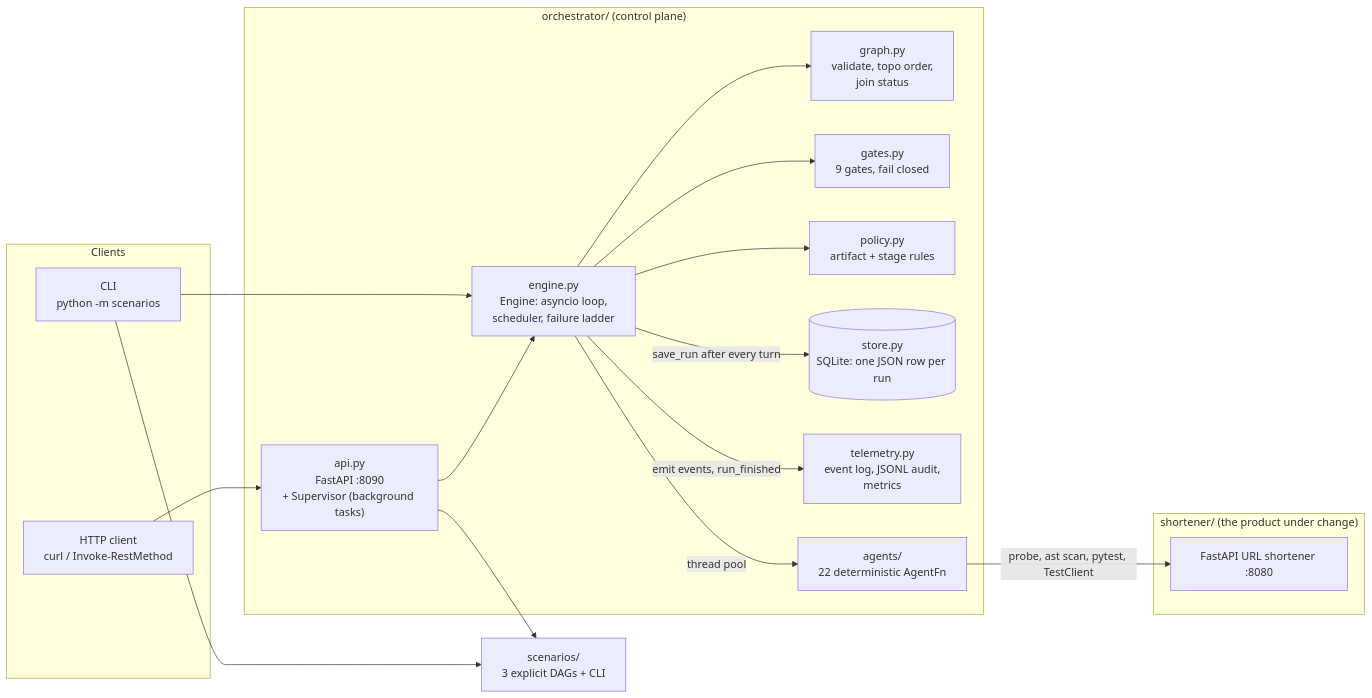
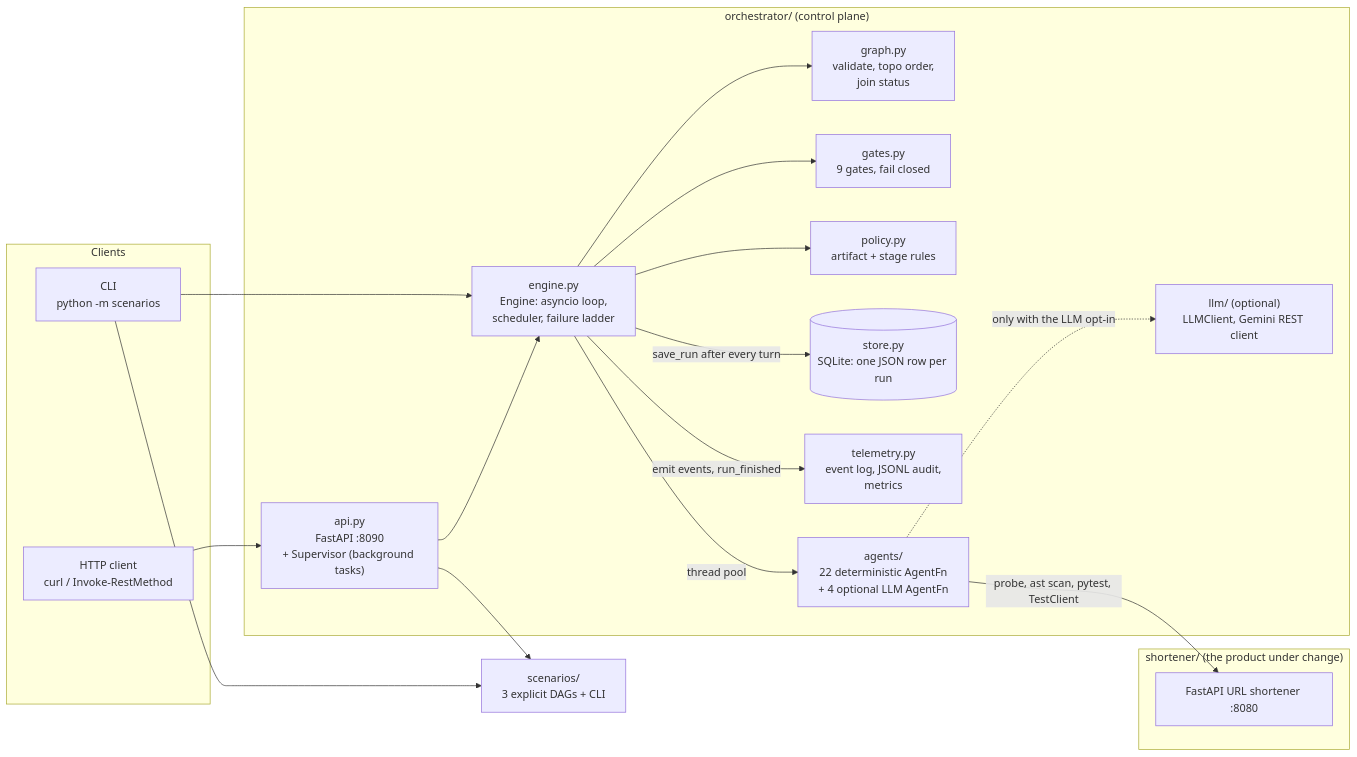
One commit to azainald/agentic-sdlc-orchestrator changed the first of 4 diagrams in ARCHITECTURE.md. Above: the diagram before and after it, drawn with Mermaid. The commit also changed other lines of this file and 34 other files, not shown here.

Commit message:
Fix final-review findings: scan requirements and comments, bind approver view to applied changes, strict llm param, fail-fast bad key, loopback-only compose

````diff
--- a/ARCHITECTURE.md
+++ b/ARCHITECTURE.md
@@ -9,37 +11,39 @@
 ```mermaid
 flowchart LR
     subgraph Clients
         CLI["CLI<br/>python -m scenarios"]
         HTTP["HTTP client<br/>curl / Invoke-RestMethod"]
     end
 
     subgraph Orchestrator["orchestrator/ (control plane)"]
         API["api.py<br/>FastAPI :8090<br/>+ Supervisor (background tasks)"]
         ENG["engine.py<br/>Engine: asyncio loop,<br/>scheduler, failure ladder"]
         GR["graph.py<br/>validate, topo order,<br/>join status"]
         GT["gates.py<br/>9 gates, fail closed"]
         PO["policy.py<br/>artifact + stage rules"]
         ST[("store.py<br/>SQLite: one JSON row per run")]
         TE["telemetry.py<br/>event log, JSONL audit,<br/>metrics"]
-        AG["agents/<br/>22 deterministic AgentFn"]
+        AG["agents/<br/>22 deterministic AgentFn<br/>+ 4 optional LLM AgentFn"]
+        LL["llm/ (optional)<br/>LLMClient, Gemini REST client"]
     end
 
     subgraph Product["shortener/ (the product under change)"]
         SH["FastAPI URL shortener :8080"]
     end
 
     SC["scenarios/<br/>3 explicit DAGs + CLI"]
 
     CLI --> SC
     CLI --> ENG
     HTTP --> API
     API --> ENG
     API --> SC
     ENG --> GR
     ENG --> GT
     ENG --> PO
     ENG -->|save_run after every turn| ST
     ENG -->|emit events, run_finished| TE
     ENG -->|thread pool| AG
     AG -->|probe, ast scan, pytest, TestClient| SH
+    AG -.->|only with the LLM opt-in| LL
 ```
````
